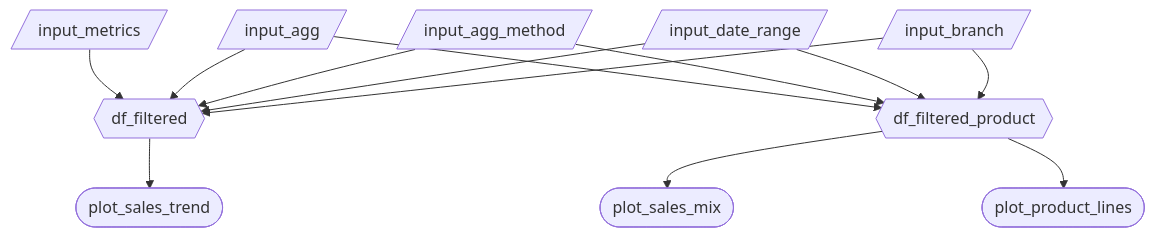
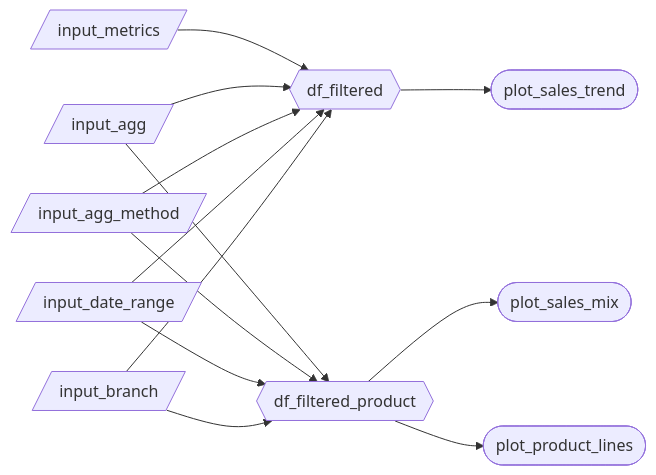
The diagram in reports/m2_spec.md (UBC-MDS/DSCI-532_2026_2_walmonitor), drawn with Mermaid before and after one commit.

````diff
--- a/reports/m2_spec.md
+++ b/reports/m2_spec.md
@@ -22,18 +22,18 @@
 ```mermaid
-flowchart TD
+flowchart LR
   A[/input_metrics/] --> F{{df_filtered}}
   B[/input_agg/] --> F
   C[/input_agg_method/] --> F
   D[/input_date_range/] --> F
   E[/input_branch/] --> F
 
   F --> P1([plot_sales_trend])
 
   B --> G{{df_filtered_product}}
   C --> G
   D --> G
   E --> G
 
   G --> P2([plot_sales_mix])
   G --> P3([plot_product_lines])  
 ```
````
